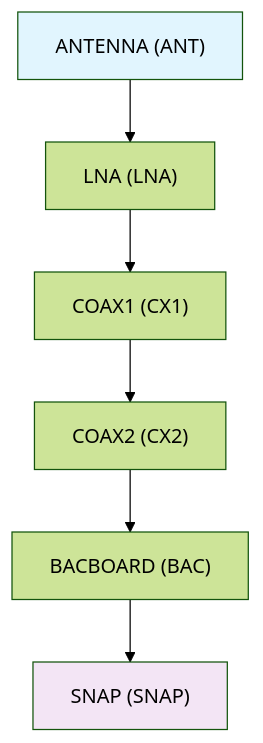
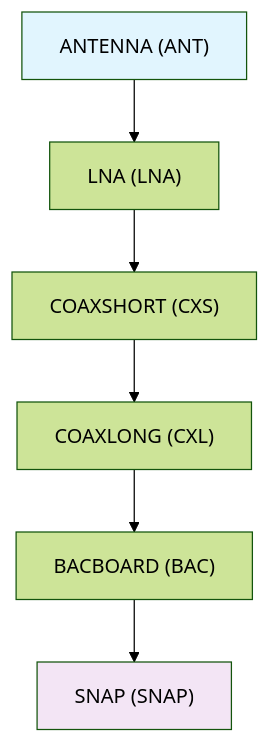
The diagram in README.md (Coherent-All-Sky-Monitor/CAsMan), drawn with Mermaid (forest theme) before and after one commit. The commit also changed other lines of this file and 62 other files, not shown here.

````diff
--- a/README.md
+++ b/README.md
@@ -95,18 +95,18 @@
 ```mermaid
 graph TD
     A["ANTENNA (ANT)"]
     B["LNA (LNA)"]
-    C["COAX1 (CX1)"]
-    D["COAX2 (CX2)"]
+    C["COAXSHORT (CXS)"]
+    D["COAXLONG (CXL)"]
     E["BACBOARD (BAC)"]
     F["SNAP (SNAP)"]
 
     A --> B
     B --> C
     C --> D
     D --> E
     E --> F
     
     style A fill:#e1f5fe
     style F fill:#f3e5f5
 ```
````
